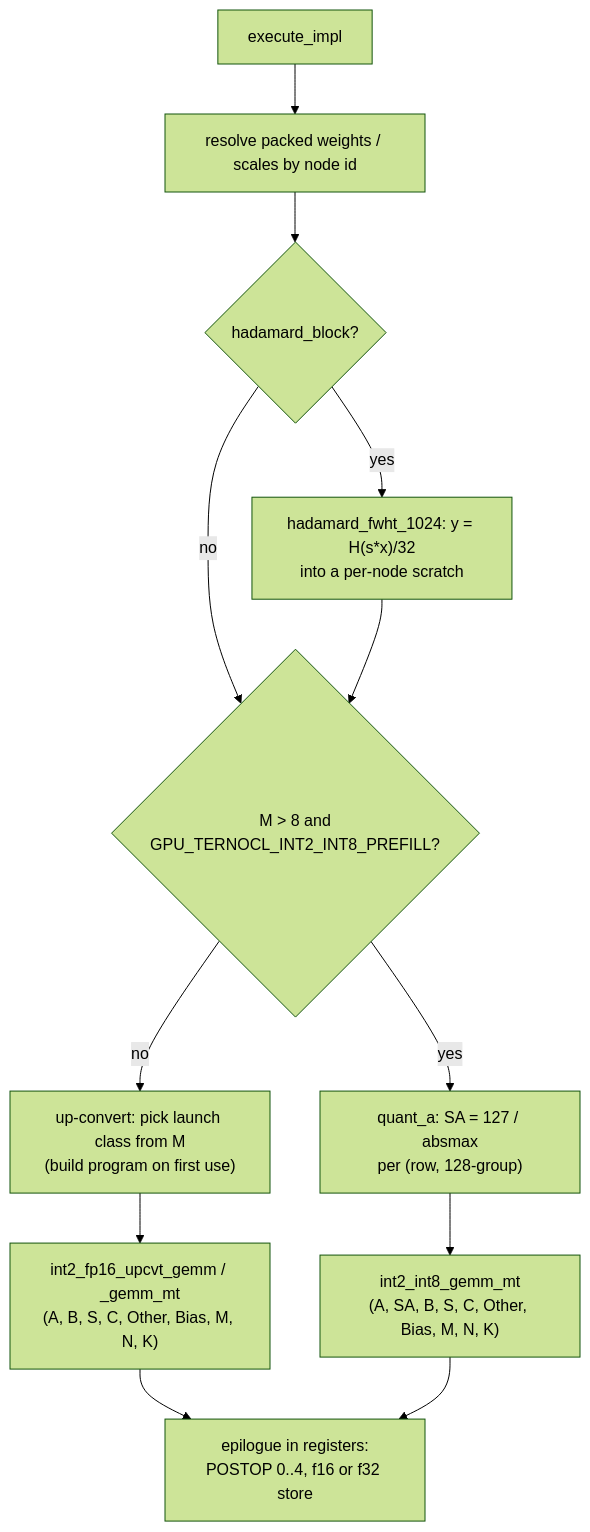
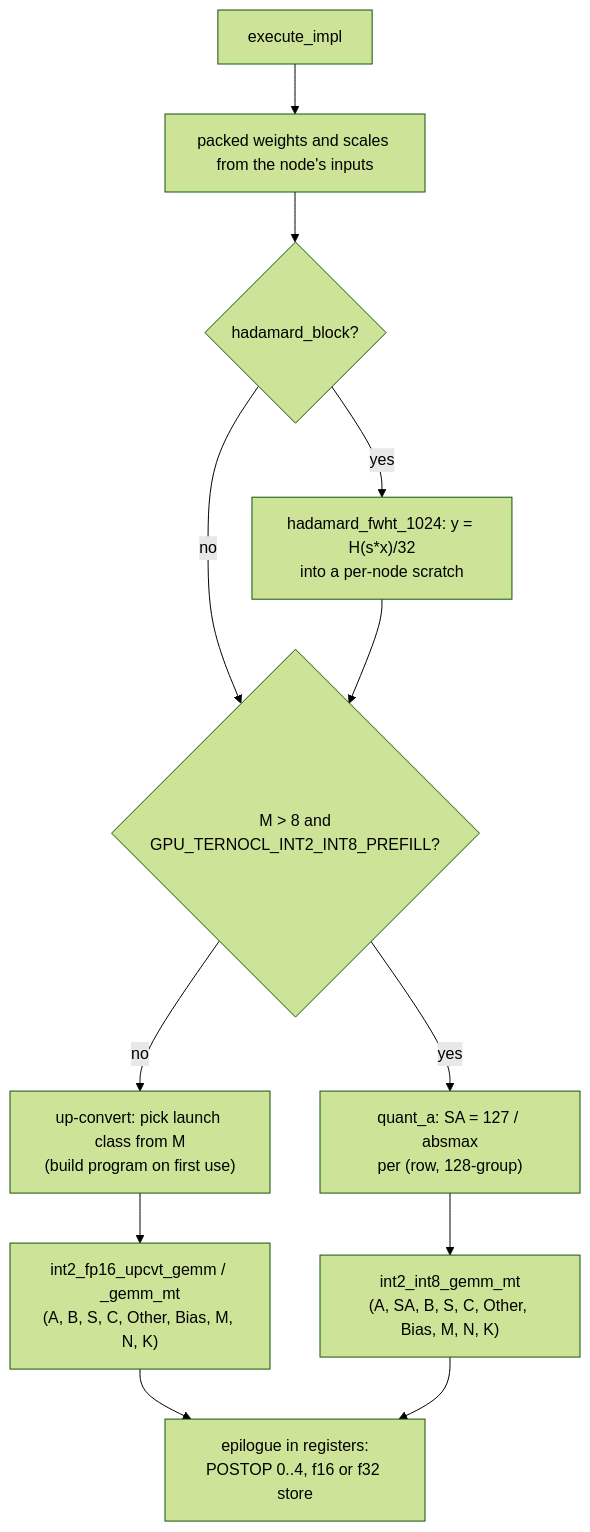
The diagram in src/plugins/intel_gpu/docs/ternocl_int2_architecture.md (openvinotoolkit/openvino), drawn with Mermaid (forest theme) before and after one commit. The commit also changed other lines of this file and 8 other files, not shown here.

````diff
--- a/src/plugins/intel_gpu/docs/ternocl_int2_architecture.md
+++ b/src/plugins/intel_gpu/docs/ternocl_int2_architecture.md
@@ -127,14 +144,14 @@
 ```mermaid
 flowchart TD
-    A["execute_impl"] --> B["resolve packed weights / scales by node id"]
+    A["execute_impl"] --> B["packed weights and scales from the node's inputs"]
     B --> C{"hadamard_block?"}
     C -->|yes| D["hadamard_fwht_1024: y = H(s*x)/32<br/>into a per-node scratch"]
     C -->|no| E
     D --> E{"M > 8 and<br/>GPU_TERNOCL_INT2_INT8_PREFILL?"}
     E -->|no| F["up-convert: pick launch class from M<br/>(build program on first use)"]
     F --> G["int2_fp16_upcvt_gemm / _gemm_mt<br/>(A, B, S, C, Other, Bias, M, N, K)"]
     E -->|yes| H["quant_a: SA = 127 / absmax<br/>per (row, 128-group)"]
     H --> I["int2_int8_gemm_mt<br/>(A, SA, B, S, C, Other, Bias, M, N, K)"]
     G --> J["epilogue in registers:<br/>POSTOP 0..4, f16 or f32 store"]
     I --> J
 ```
````
